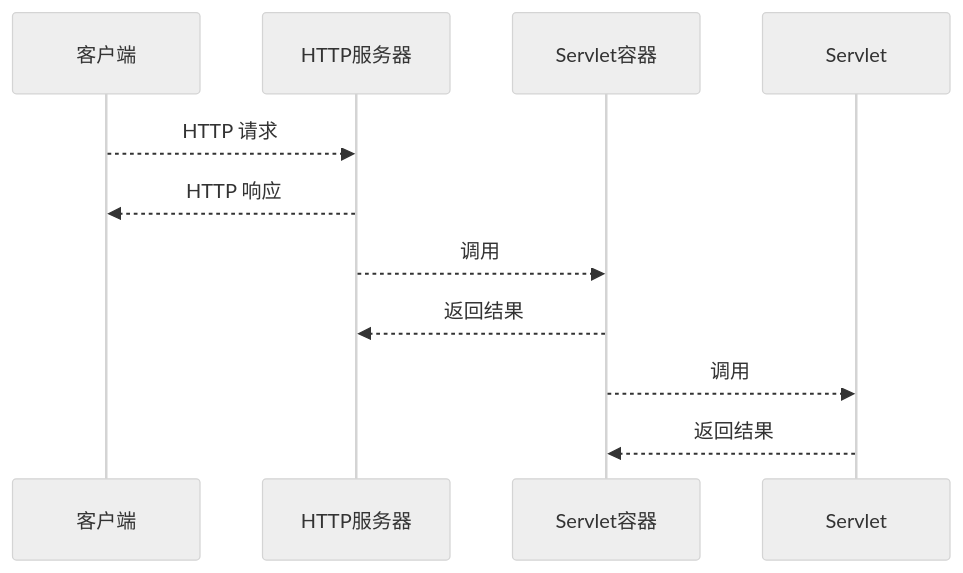
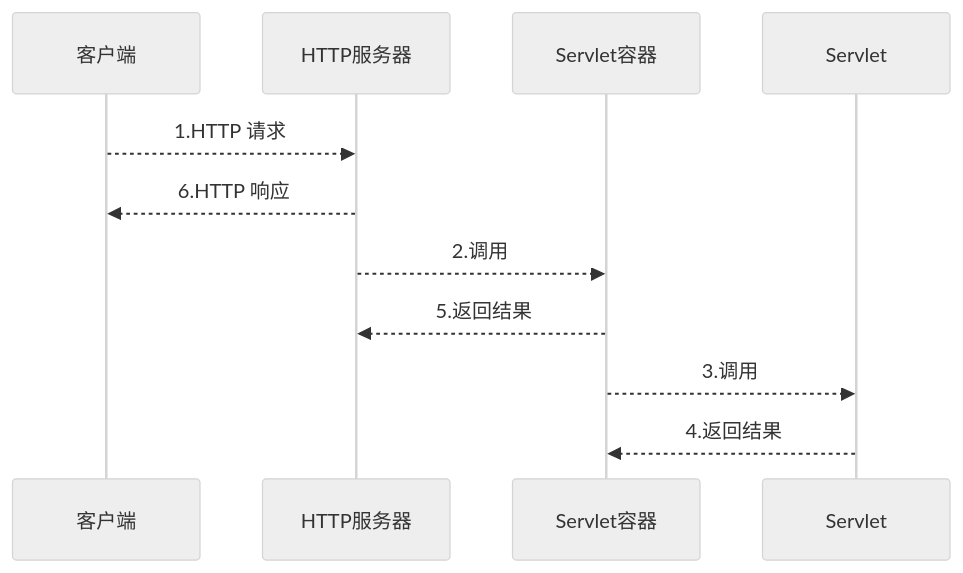
The third of 8 diagrams in JavaEE-Base/JavaWeb.md (csliujw/CodeNotes), drawn with Mermaid (neutral theme) before and after one commit. The commit also changed other lines of this file and 4 other files, not shown here.

````diff
--- a/JavaEE-Base/JavaWeb.md
+++ b/JavaEE-Base/JavaWeb.md
@@ -415,13 +415,13 @@
 ```mermaid
 sequenceDiagram
 participant client as 客户端
 participant httpServe as HTTP服务器
 participant ServletContainer as Servlet容器
 participant Servlet as Servlet
-client-->>httpServe:HTTP 请求
-httpServe-->>client:HTTP 响应
-httpServe-->>ServletContainer: 调用
-ServletContainer-->>httpServe: 返回结果
-ServletContainer-->>Servlet: 调用
-Servlet-->>ServletContainer: 返回结果
+client-->>httpServe:1.HTTP 请求
+httpServe-->>client:6.HTTP 响应
+httpServe-->>ServletContainer:2.调用
+ServletContainer-->>httpServe:5.返回结果
+ServletContainer-->>Servlet:3.调用
+Servlet-->>ServletContainer:4.返回结果
 ```
````
